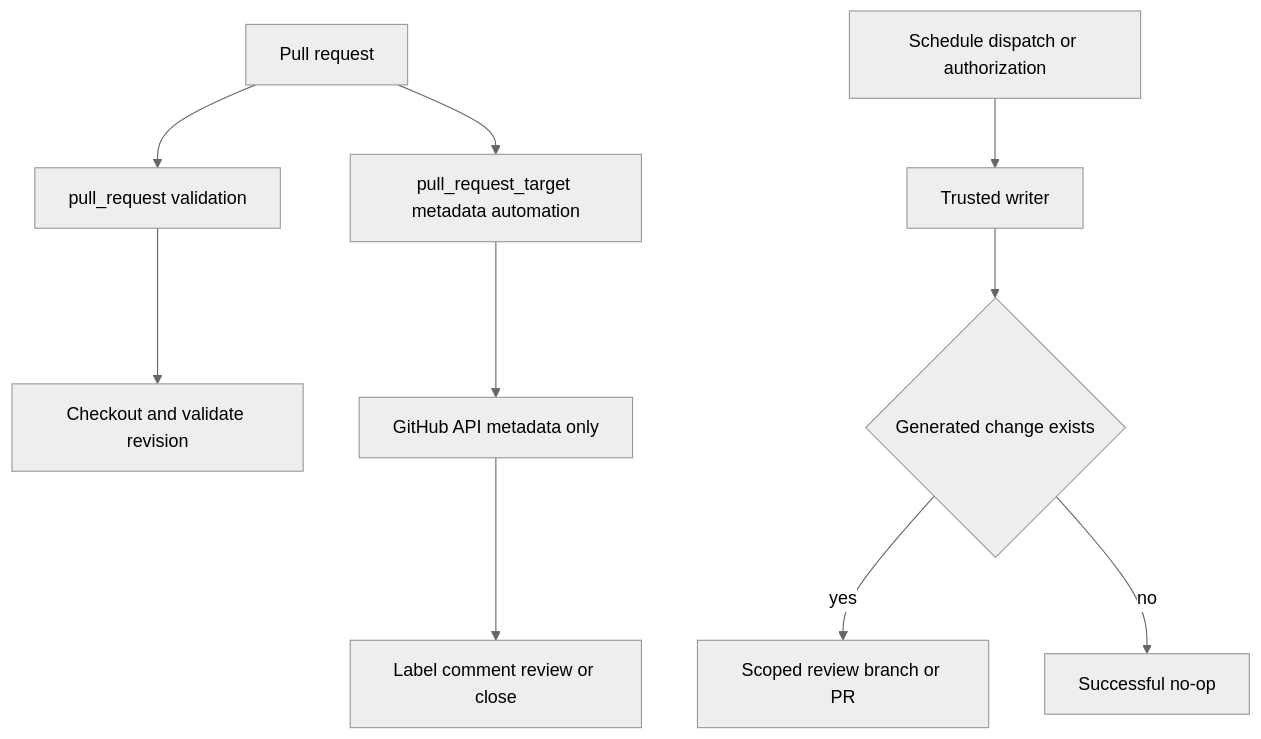
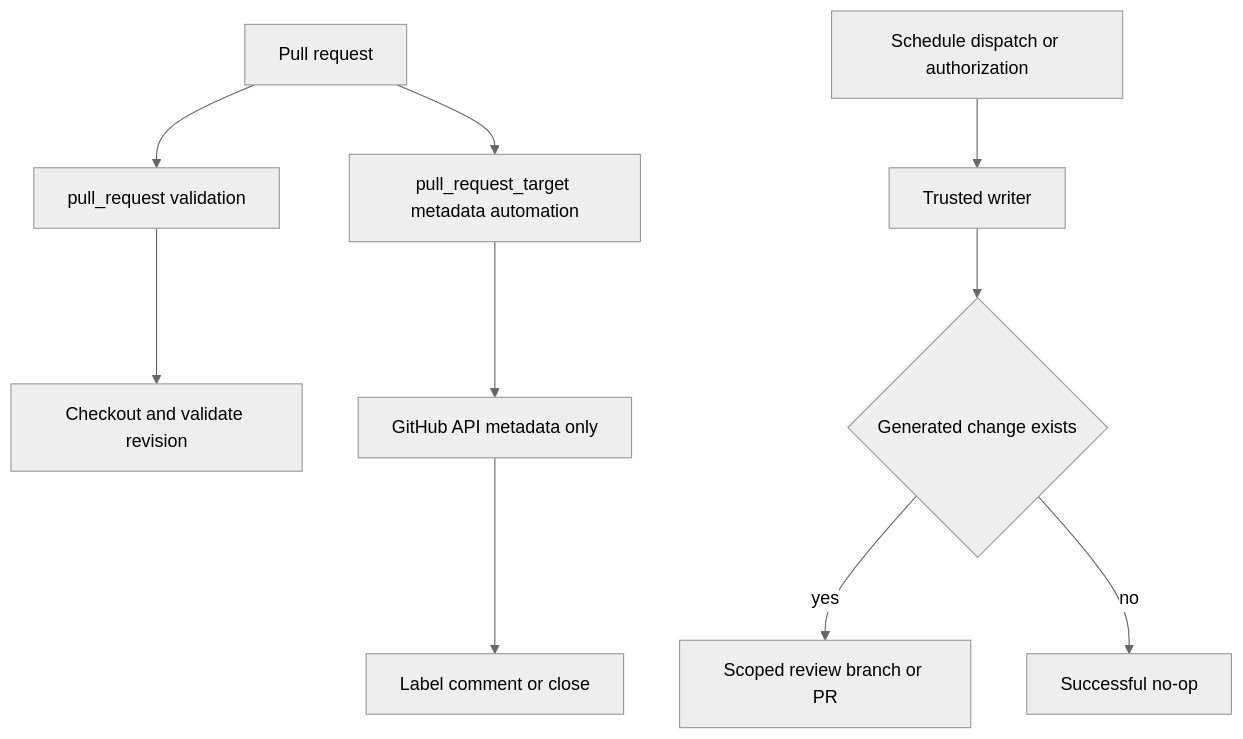
Before and after one commit to rishi-raj-jain/docs-1: the first of 3 diagrams in openwiki/integrations/github-actions.md, drawn with Mermaid (neutral theme). The commit also changed other lines of this file and 53 other files, not shown here.

````diff
--- a/openwiki/integrations/github-actions.md
+++ b/openwiki/integrations/github-actions.md
@@ -59,12 +57,12 @@
 ```mermaid
 flowchart TD
   PR["Pull request"] --> Check["pull_request validation"]
   PR --> Meta["pull_request_target metadata automation"]
   Check --> Head["Checkout and validate revision"]
   Meta --> API["GitHub API metadata only"]
-  API --> Mutate["Label comment review or close"]
+  API --> Mutate["Label comment or close"]
   Trusted["Schedule dispatch or authorization"] --> Writer["Trusted writer"]
   Writer --> Change{"Generated change exists"}
   Change -->|"yes"| Review["Scoped review branch or PR"]
   Change -->|"no"| Noop["Successful no-op"]
 ```
````
